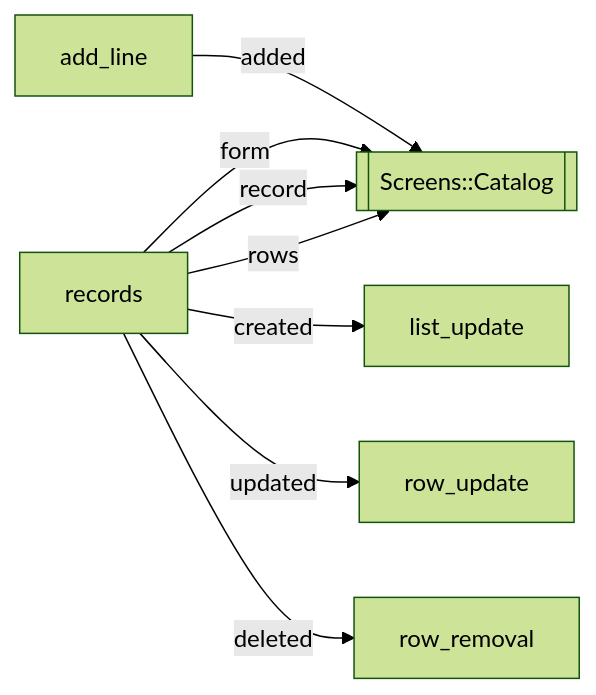
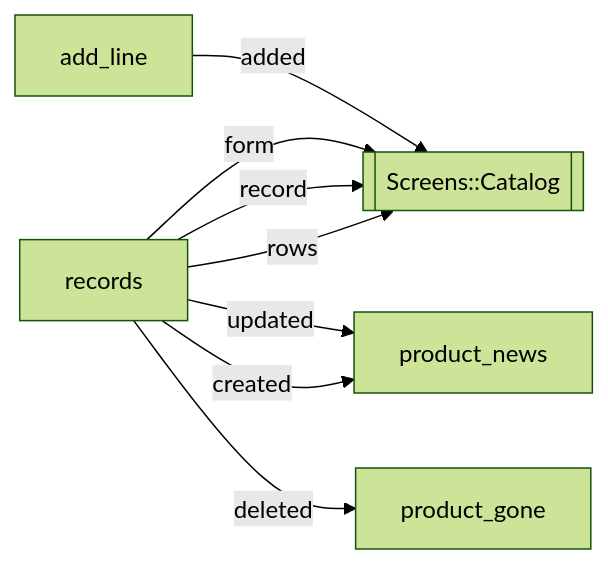
The diagram in v06-plain-rails/docs/diagrams/catalog.md (modellurgist/ala_variants_ruby), drawn with Mermaid (forest theme) before and after one commit. The commit also changed 592 other files, not shown here.

````diff
--- a/v06-plain-rails/docs/diagrams/catalog.md
+++ b/v06-plain-rails/docs/diagrams/catalog.md
@@ -3,16 +3,15 @@
 ```mermaid
 flowchart LR
   screen[[Screens::Catalog]]
   records[records]
-  list_update[list_update]
-  row_update[row_update]
-  row_removal[row_removal]
+  product_news[product_news]
+  product_gone[product_gone]
   add_line[add_line]
   records -- rows --> screen
   records -- record --> screen
   records -- form --> screen
-  records -- created --> list_update
-  records -- updated --> row_update
-  records -- deleted --> row_removal
+  records -- created --> product_news
+  records -- updated --> product_news
+  records -- deleted --> product_gone
   add_line -- added --> screen
 ```
````
